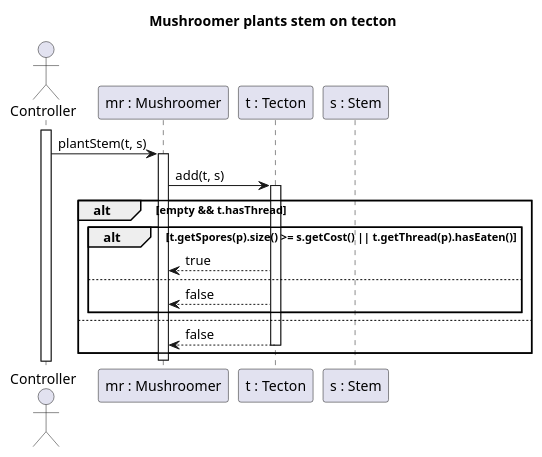
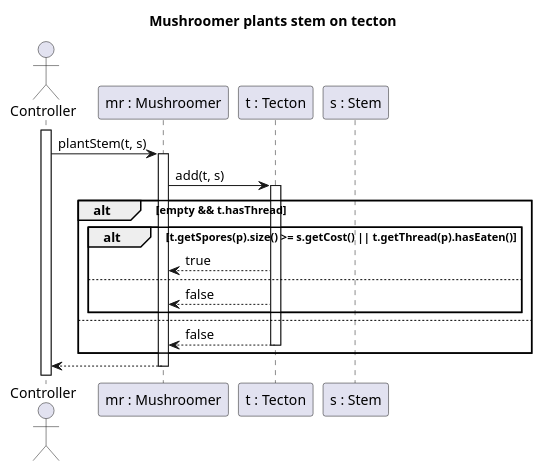
One commit to Petya-G/fungorium changed the diagram in 7/sequences/plantStemChanged.puml. Above: the diagram before and after it, drawn with PlantUML.

```diff
--- a/7/sequences/plantStemChanged.puml
+++ b/7/sequences/plantStemChanged.puml
@@ -1,28 +1,29 @@
 @startuml MushroomerPlantsStemOnTecton
 title Mushroomer plants stem on tecton
 
 actor Controller
 participant "mr : Mushroomer" as MR
 participant "t : Tecton" as T
 participant "s : Stem" as S
 
 activate Controller
 Controller -> MR : plantStem(t, s)
 activate MR
 
 MR -> T : add(t, s)
 activate T
 
 alt empty && t.hasThread
 alt t.getSpores(p).size() >= s.getCost() || t.getThread(p).hasEaten()
 MR <-- T : true
 else
 MR <-- T : false
 end
 else
 MR <-- T : false
 deactivate T
 end
 
+MR --> Controller
 deactivate MR
 @enduml
```
